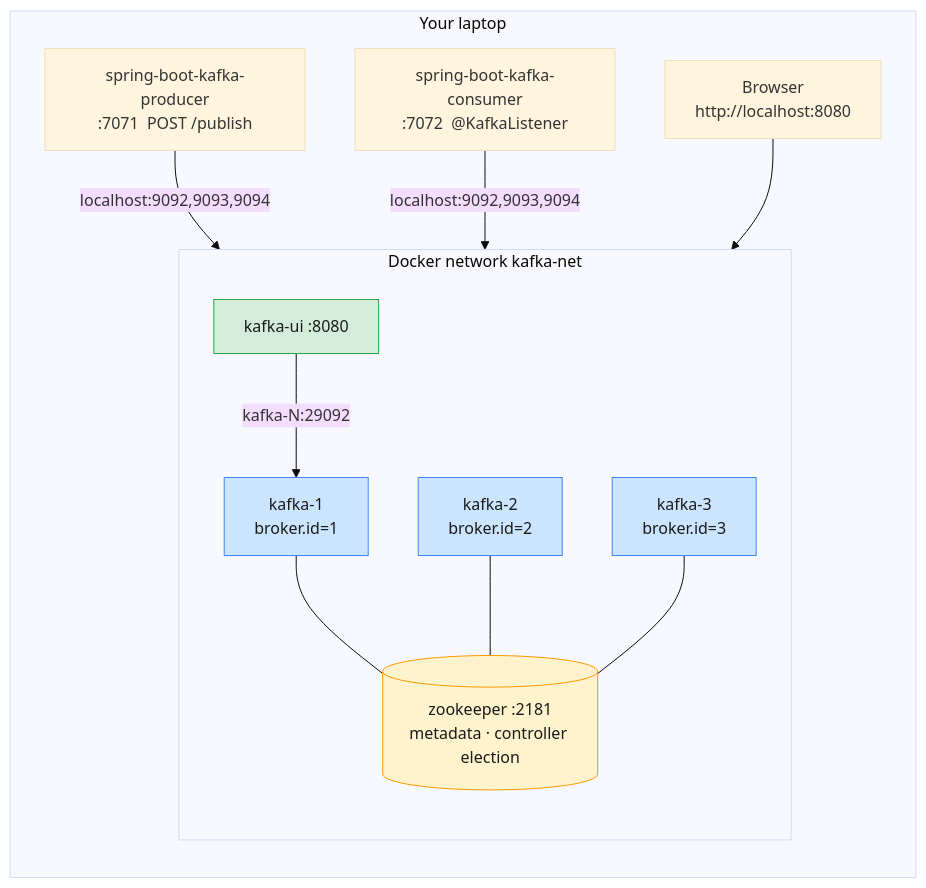
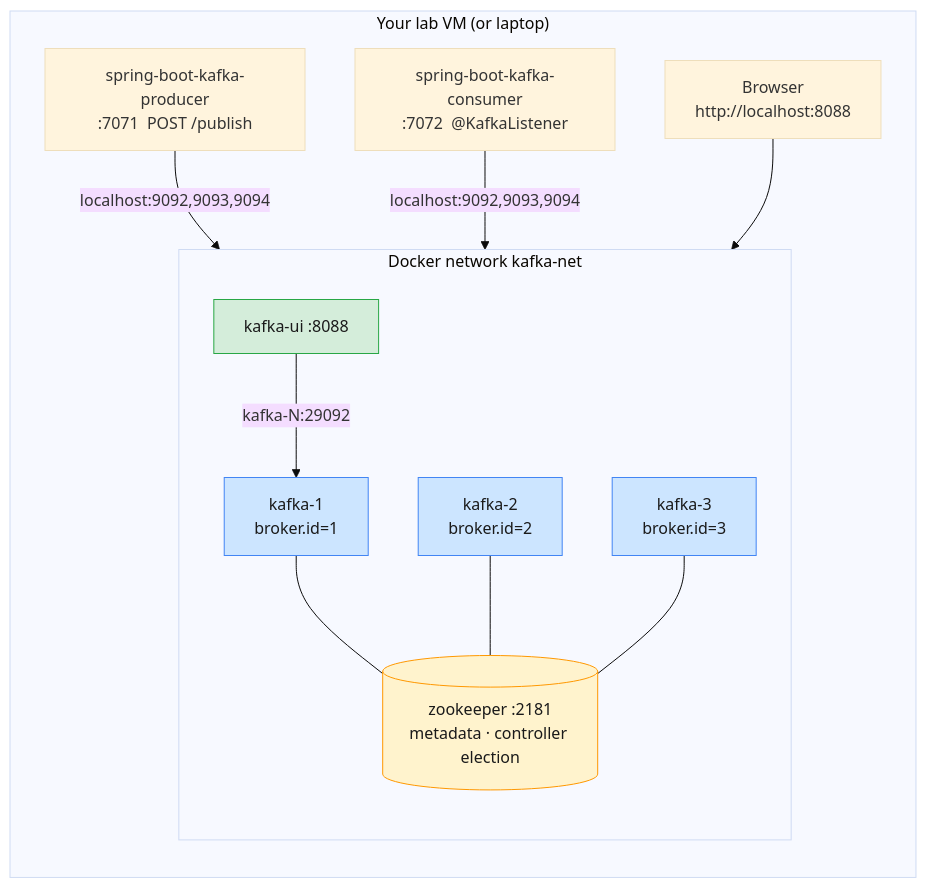
The diagram in labs/module-04/lab-04-zookeeper-cluster-spring-boot.md (MIT-TRAINING/mobliy-kafka), drawn with Mermaid (base theme) before and after one commit. The commit also changed other lines of this file and 28 other files, not shown here.

Commit message:
updated the kafka-ui port and module-04 lab guide

````diff
--- a/labs/module-04/lab-04-zookeeper-cluster-spring-boot.md
+++ b/labs/module-04/lab-04-zookeeper-cluster-spring-boot.md
@@ -50,29 +57,29 @@
 ```mermaid
 flowchart LR
-    subgraph LAPTOP["Your laptop"]
+    subgraph LAPTOP["Your lab VM (or laptop)"]
         direction TB
         P["spring-boot-kafka-producer<br/>:7071  POST /publish"]
         C["spring-boot-kafka-consumer<br/>:7072  @KafkaListener"]
-        B["Browser<br/>http://localhost:8080"]
+        B["Browser<br/>http://localhost:8088"]
         subgraph NET["Docker network kafka-net"]
             direction TB
             ZK[("zookeeper :2181<br/>metadata · controller election")]
             K1["kafka-1<br/>broker.id=1"]
             K2["kafka-2<br/>broker.id=2"]
             K3["kafka-3<br/>broker.id=3"]
-            UI["kafka-ui :8080"]
+            UI["kafka-ui :8088"]
             K1 --- ZK
             K2 --- ZK
             K3 --- ZK
             UI -->|kafka-N:29092| K1
         end
         P -->|localhost:9092,9093,9094| K1
         C -->|localhost:9092,9093,9094| K2
         B --> UI
     end
     style ZK fill:#fff3cd,stroke:#ff9800,stroke-width:1px,color:#1a1a1a
     style K1 fill:#cce5ff,stroke:#4285f4,stroke-width:1px,color:#1a1a1a
     style K2 fill:#cce5ff,stroke:#4285f4,stroke-width:1px,color:#1a1a1a
     style K3 fill:#cce5ff,stroke:#4285f4,stroke-width:1px,color:#1a1a1a
     style UI fill:#d4edda,stroke:#28a745,stroke-width:1px,color:#1a1a1a
 ```
````
